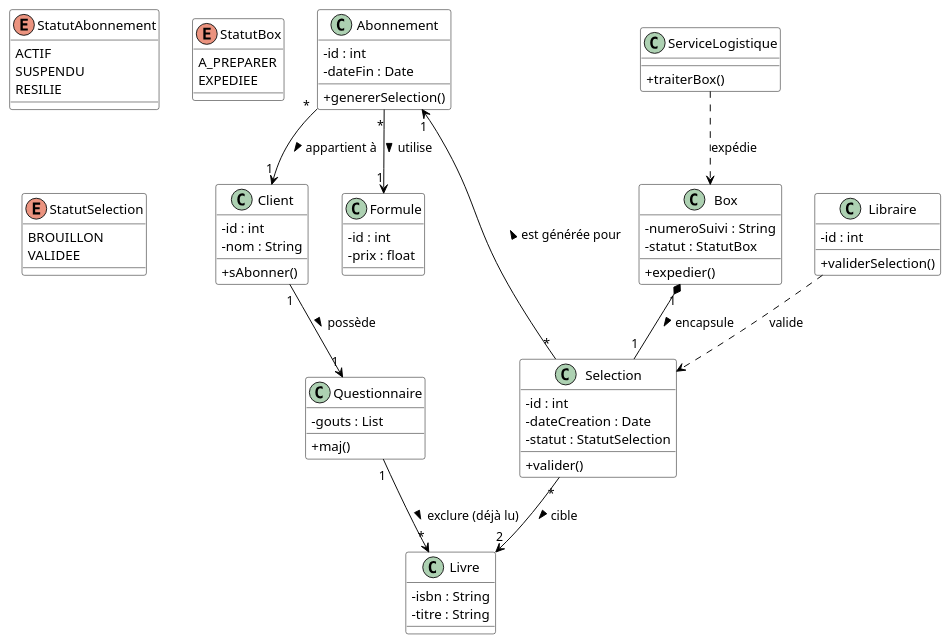
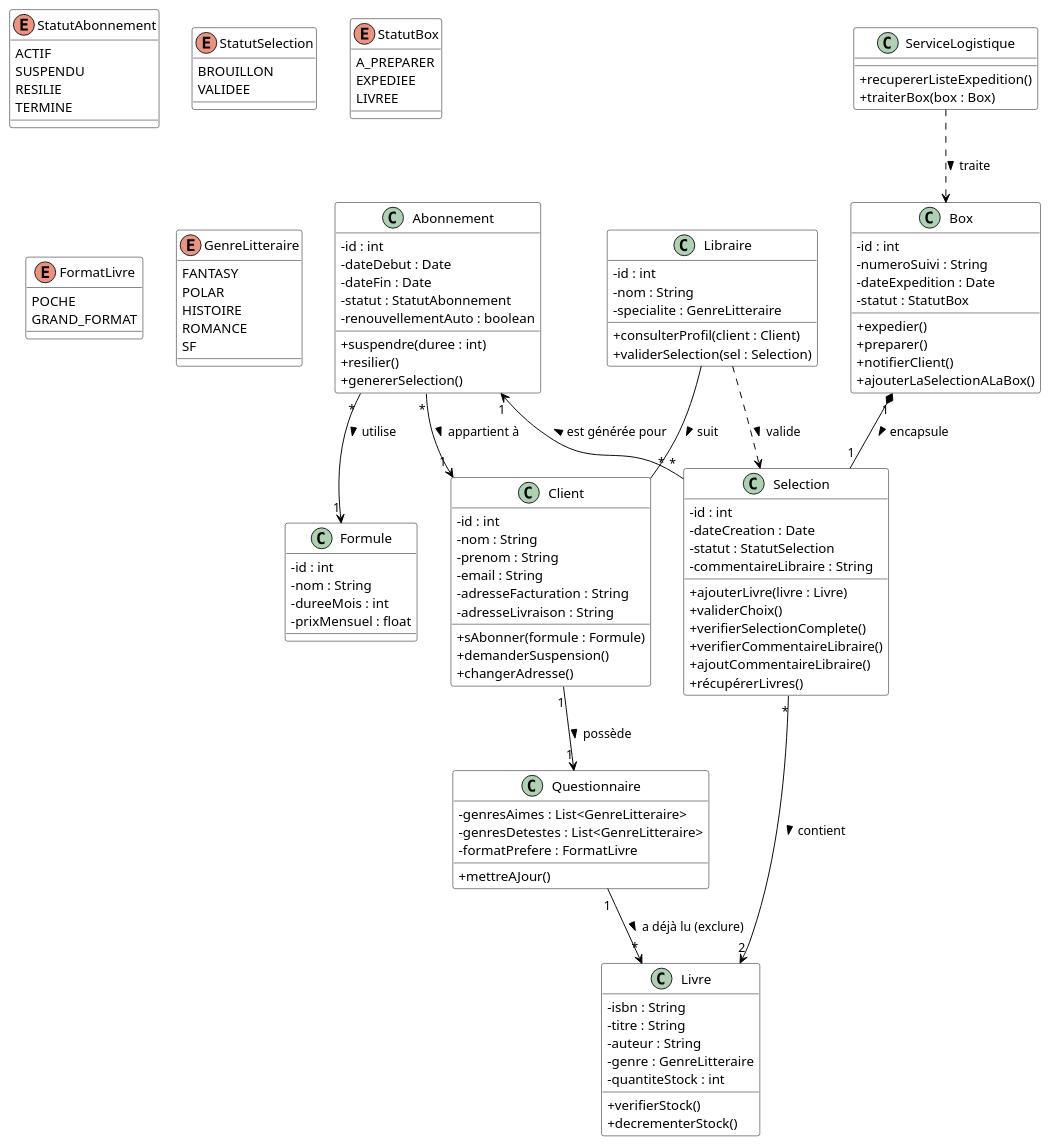
One commit to JulienPoirierWebDev/courses changed the diagram in uml/exo/corrections/box_lecture_class_diagram.puml. Above: the diagram before and after it, drawn with PlantUML. The commit also changed 2 other files, not shown here.

```diff
--- a/uml/exo/corrections/box_lecture_class_diagram.puml
+++ b/uml/exo/corrections/box_lecture_class_diagram.puml
@@ -1,112 +1,162 @@
 @startuml
 
 ' Configuration du style
 skinparam classAttributeIconSize 0
 skinparam class {
     BackgroundColor White
     ArrowColor Black
     BorderColor Black
 }
 
 ' --- Énumérations ---
 enum StatutAbonnement {
     ACTIF
     SUSPENDU
     RESILIE
+    TERMINE
 }
-enum StatutBox {
-    A_PREPARER
-    EXPEDIEE
-}
+
 enum StatutSelection {
     BROUILLON
     VALIDEE
 }
 
-' --- Classes ---
+enum StatutBox {
+    A_PREPARER
+    EXPEDIEE
+    LIVREE
+}
+
+enum FormatLivre {
+    POCHE
+    GRAND_FORMAT
+}
+
+enum GenreLitteraire {
+    FANTASY
+    POLAR
+    HISTOIRE
+    ROMANCE
+    SF
+}
+
+' --- Classes Métier ---
 
 class Client {
     - id : int
     - nom : String
-    + sAbonner()
+    - prenom : String
+    - email : String
+    - adresseFacturation : String
+    - adresseLivraison : String
+    + sAbonner(formule : Formule)
+    + demanderSuspension()
+    + changerAdresse()
 }
 
 class Questionnaire {
-    - gouts : List
-    + maj()
+    - genresAimes : List<GenreLitteraire>
+    - genresDetestes : List<GenreLitteraire>
+    - formatPrefere : FormatLivre
+    + mettreAJour()
 }
 
 class Abonnement {
     - id : int
+    - dateDebut : Date
     - dateFin : Date
+    - statut : StatutAbonnement
+    - renouvellementAuto : boolean
+    + suspendre(duree : int)
+    + resilier()
     + genererSelection()
 }
 
 class Formule {
     - id : int
-    - prix : float
+    - nom : String
+    - dureeMois : int
+    - prixMensuel : float
+}
+
+class Libraire {
+    - id : int
+    - nom : String
+    - specialite : GenreLitteraire
+    + consulterProfil(client : Client)
+    + validerSelection(sel : Selection)
 }
 
 class Selection {
     - id : int
     - dateCreation : Date
     - statut : StatutSelection
-    + valider()
+    - commentaireLibraire : String
+    + ajouterLivre(livre : Livre)
+    + validerChoix()
+    + verifierSelectionComplete()
+    + verifierCommentaireLibraire()
+    + ajoutCommentaireLibraire()
+    + récupérerLivres()
+}
+
+class ServiceLogistique {
+    + recupererListeExpedition()
+    + traiterBox(box : Box)
 }
 
 class Box {
+    - id : int
     - numeroSuivi : String
+    - dateExpedition : Date
     - statut : StatutBox
     + expedier()
+    + preparer()
+    + notifierClient()
+    + ajouterLaSelectionALaBox()
 }
 
 class Livre {
     - isbn : String
     - titre : String
+    - auteur : String
+    - genre : GenreLitteraire
+    - quantiteStock : int
+    + verifierStock()
+    + decrementerStock()
 }
 
-class Libraire {
-    - id : int
-    + validerSelection()
-}
+' --- Relations et Gestion des IDs ---
 
-class ServiceLogistique {
-    + traiterBox()
-}
-
-' --- Relations Corrigées ---
-
-' 1. QUI CONNAIT L'ID DE QUI ?
-
-' Le Client connait son Questionnaire
-' (Table Client a questionnaire_id OU Questionnaire a client_id avec contrainte unique)
+' 1. CLIENT & PROFIL
+' Le Client pointe vers son questionnaire (client a questionnaire_id)
 Client "1" --> "1" Questionnaire : possède >
 
-' Le Questionnaire connait les livres lus (Table de jointure ou liste d'IDs)
-Questionnaire "1" --> "*" Livre : exclure (déjà lu) >
+' Le Questionnaire pointe vers les livres DEJA LUS (Table jointure questionnaire_livre_lu)
+Questionnaire "1" --> "*" Livre : a déjà lu (exclure) >
 
-' Le Client ne connait pas forcément l'ID abonnement directement s'il en a plusieurs,
-' C'est souvent l'Abonnement qui pointe vers le Client (client_id dans Abonnement)
+' 2. ABONNEMENT
+' L'Abonnement pointe vers le Client (abonnement a client_id)
 Abonnement "*" --> "1" Client : appartient à >
 
-' L'Abonnement connait la Formule (formule_id dans Abonnement)
+' L'Abonnement pointe vers la Formule (abonnement a formule_id)
 Abonnement "*" --> "1" Formule : utilise >
 
-' --- VOS MODIFICATIONS ---
-
-' Relation simple : L'abonnement est lié à des sélections (historique)
-' La sélection doit savoir à quel abonnement elle appartient (abonnement_id dans Selection)
+' 3. FLUX SELECTION / BOX
+' La Sélection pointe vers l'Abonnement (selection a abonnement_id)
+' (Pour retrouver le client et l'adresse via l'abonnement)
 Abonnement "1" <-- "*" Selection : est générée pour <
 
-' Composition : La Box est le contenant, la Sélection le contenu.
-' Une Box est composée d'une Sélection. 
+' La Box COMPREND la Sélection (Composition forte)
+' (La Box a selection_id, ou partage le même ID car 1-1)
 Box "1" *-- "1" Selection : encapsule >
 
-' La Sélection pointe vers les Livres (livre_id_1, livre_id_2 dans Selection)
-Selection "*" --> "2" Livre : cible >
+' La Sélection pointe vers les 2 Livres choisis (selection a livre_id_1, livre_id_2)
+Selection "*" --> "2" Livre : contient >
 
-' --- Acteurs ---
-Libraire ..> Selection : valide
-ServiceLogistique ..> Box : expédie
+' 4. ACTEURS
+Libraire ..> Selection : valide >
+ServiceLogistique ..> Box : traite >
+Libraire -- "*" Client : suit >
 
 @enduml
```
